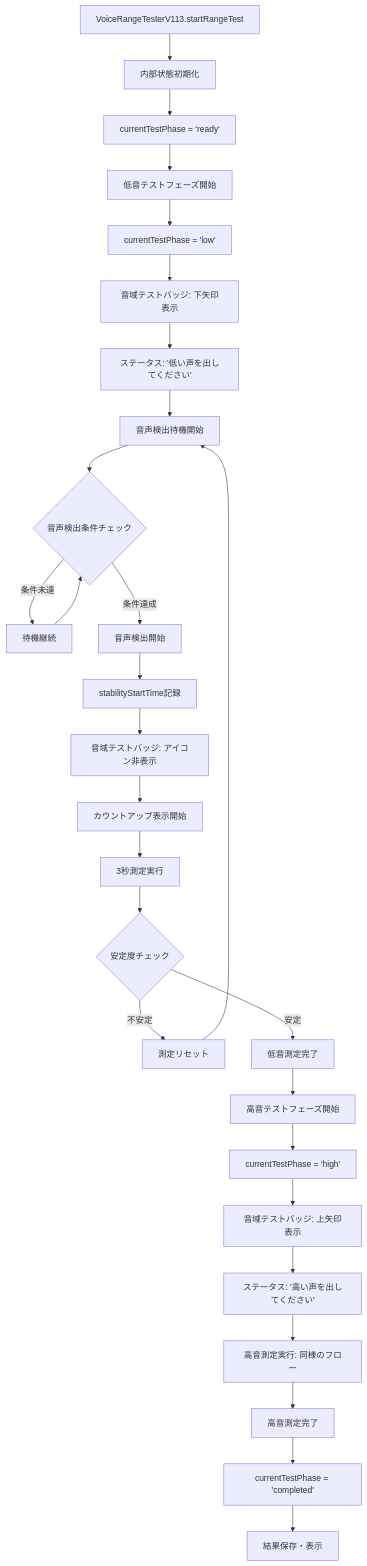
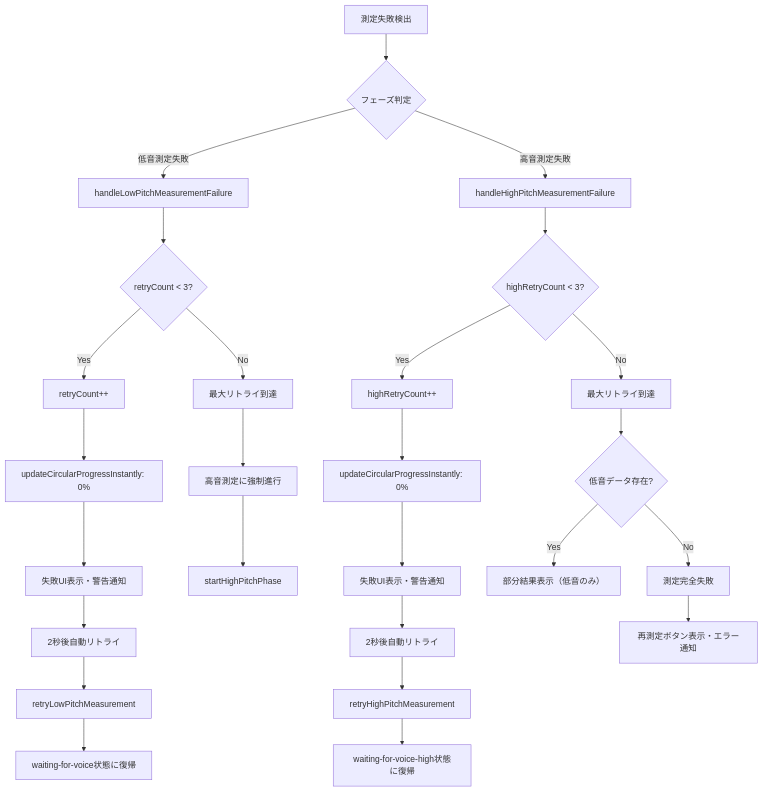
Before and after one commit to kiyopi/Relative-pitch-app: the third of 10 diagrams in VOICE_RANGE_TEST_FLOW_DIAGRAM.md, drawn with Mermaid. The commit also changed other lines of this file and 79 other files, not shown here.

````diff
--- a/VOICE_RANGE_TEST_FLOW_DIAGRAM.md
+++ b/VOICE_RANGE_TEST_FLOW_DIAGRAM.md
@@ -73,37 +94,34 @@
 ```mermaid
 flowchart TD
-    A[VoiceRangeTesterV113.startRangeTest] --> B[内部状態初期化]
-    B --> C["currentTestPhase = 'ready'"]
-    C --> D[低音テストフェーズ開始]
-    
-    D --> E["currentTestPhase = 'low'"]
-    E --> F[音域テストバッジ: 下矢印表示]
-    F --> G[ステータス: '低い声を出してください']
-    G --> H[音声検出待機開始]
-    
-    H --> I{音声検出条件チェック}
-    I -->|条件未達| J[待機継続]
-    J --> I
-    
-    I -->|条件達成| K[音声検出開始]
-    K --> L[stabilityStartTime記録]
-    L --> M[音域テストバッジ: アイコン非表示]
-    M --> N[カウントアップ表示開始]
-    
-    N --> O[3秒測定実行]
-    O --> P{安定度チェック}
-    P -->|不安定| Q[測定リセット]
-    Q --> H
-    
-    P -->|安定| R[低音測定完了]
-    R --> S[高音テストフェーズ開始]
-    
-    S --> T["currentTestPhase = 'high'"]
-    T --> U[音域テストバッジ: 上矢印表示]
-    U --> V[ステータス: '高い声を出してください']
-    V --> W[高音測定実行: 同様のフロー]
-    
-    W --> X[高音測定完了]
-    X --> Y["currentTestPhase = 'completed'"]
-    Y --> Z[結果保存・表示]
+    A[測定失敗検出] --> B{フェーズ判定}
+
+    B -->|低音測定失敗| C[handleLowPitchMeasurementFailure]
+    B -->|高音測定失敗| D[handleHighPitchMeasurementFailure]
+
+    C --> E{retryCount < 3?}
+    E -->|Yes| F[retryCount++]
+    F --> G[updateCircularProgressInstantly: 0%]
+    G --> H[失敗UI表示・警告通知]
+    H --> I[2秒後自動リトライ]
+    I --> J[retryLowPitchMeasurement]
+    J --> K[waiting-for-voice状態に復帰]
+
+    E -->|No| L[最大リトライ到達]
+    L --> M[高音測定に強制進行]
+    M --> N[startHighPitchPhase]
+
+    D --> O{highRetryCount < 3?}
+    O -->|Yes| P[highRetryCount++]
+    P --> Q[updateCircularProgressInstantly: 0%]
+    Q --> R[失敗UI表示・警告通知]
+    R --> S[2秒後自動リトライ]
+    S --> T[retryHighPitchMeasurement]
+    T --> U[waiting-for-voice-high状態に復帰]
+
+    O -->|No| V[最大リトライ到達]
+    V --> W{低音データ存在?}
+    W -->|Yes| X[部分結果表示（低音のみ）]
+    W -->|No| Y[測定完全失敗]
+
+    Y --> Z[再測定ボタン表示・エラー通知]
 ```
````
